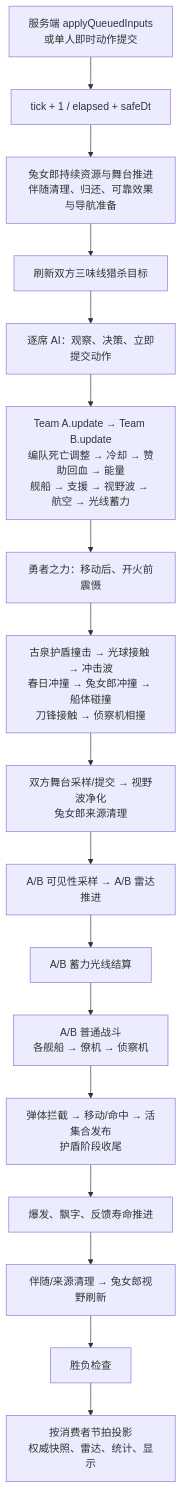
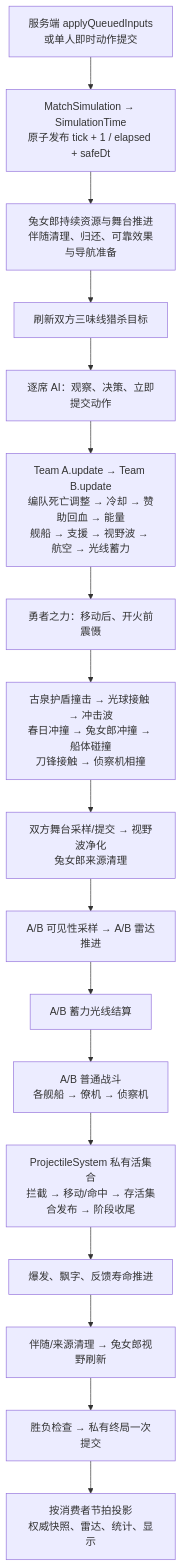
One commit to Haruhi-Labs/TDOS changed the sixth of 10 diagrams in docs/architecture-map.md. Above: the diagram before and after it, drawn with Mermaid. The commit also changed other lines of this file and 29 other files, not shown here.

````diff
--- a/docs/architecture-map.md
+++ b/docs/architecture-map.md
@@ -342,22 +342,22 @@
 ```mermaid
 flowchart TB
   I["服务端 applyQueuedInputs<br/>或单人即时动作提交"]
-  T["tick + 1 / elapsed + safeDt"]
+  T["MatchSimulation → SimulationTime<br/>原子发布 tick + 1 / elapsed + safeDt"]
   B0["兔女郎持续资源与舞台推进<br/>伴随清理、归还、可靠效果与导航准备"]
   H["刷新双方三味线猎杀目标"]
   AI["逐席 AI：观察、决策、立即提交动作"]
   TEAM["Team A.update → Team B.update<br/>编队死亡调整 → 冷却 → 赞助回血 → 能量<br/>舰船 → 支援 → 视野波 → 航空 → 光线蓄力"]
   HERO["勇者之力：移动后、开火前震慑"]
   CONTACT["古泉护盾撞击 → 光球接触 → 冲击波<br/>春日冲撞 → 兔女郎冲撞 → 船体碰撞<br/>刀锋接触 → 侦察机相撞"]
   PURGE["双方舞台采样/提交 → 视野波净化<br/>兔女郎来源清理"]
   VIS["A/B 可见性采样 → A/B 雷达推进"]
   BEAM["A/B 蓄力光线结算"]
   FIRE["A/B 普通战斗<br/>各舰船 → 僚机 → 侦察机"]
-  BULLET["弹体拦截 → 移动/命中 → 活集合发布<br/>护盾阶段收尾"]
+  BULLET["ProjectileSystem 私有活集合<br/>拦截 → 移动/命中 → 存活集合发布 → 阶段收尾"]
   FX["爆发、飘字、反馈寿命推进"]
   CLEAN["伴随/来源清理 → 兔女郎视野刷新"]
-  WIN["胜负检查"]
+  WIN["胜负检查 → 私有终局一次提交"]
   OUT["按消费者节拍投影<br/>权威快照、雷达、统计、显示"]
   I --> T --> B0 --> H --> AI --> TEAM --> HERO --> CONTACT --> PURGE
   PURGE --> VIS --> BEAM --> FIRE --> BULLET --> FX --> CLEAN --> WIN --> OUT
 ```
````
